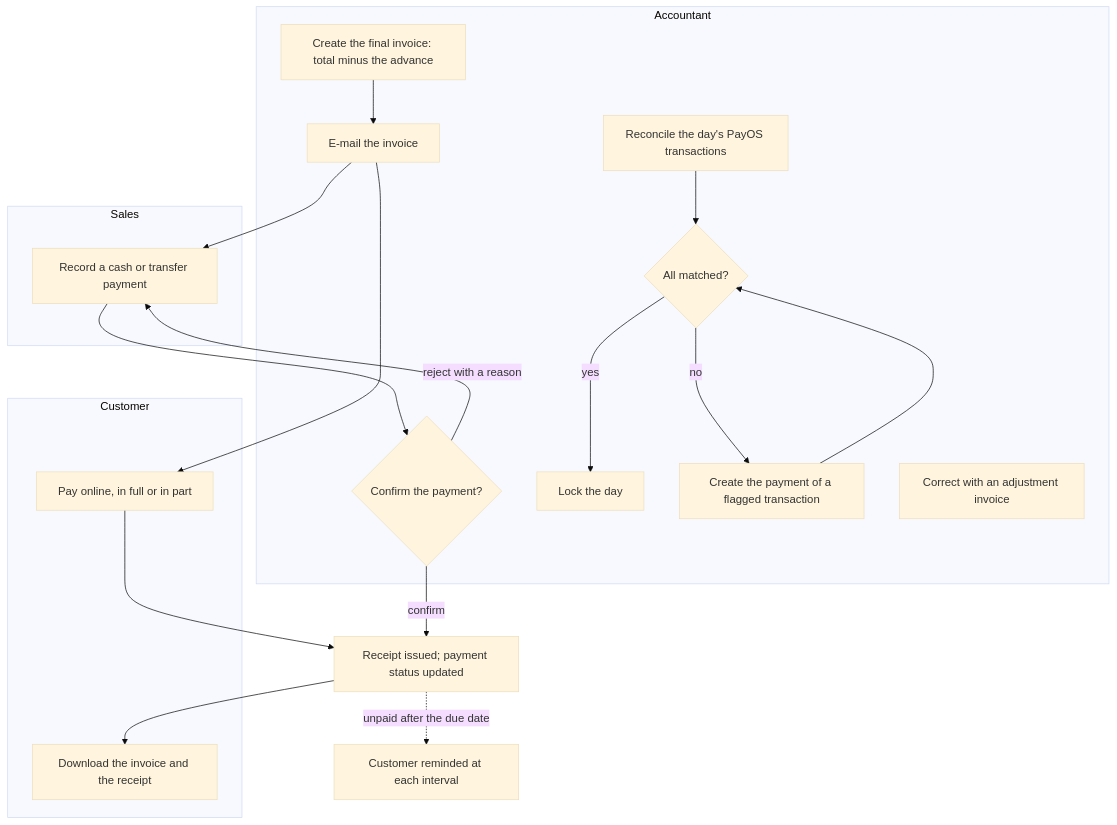
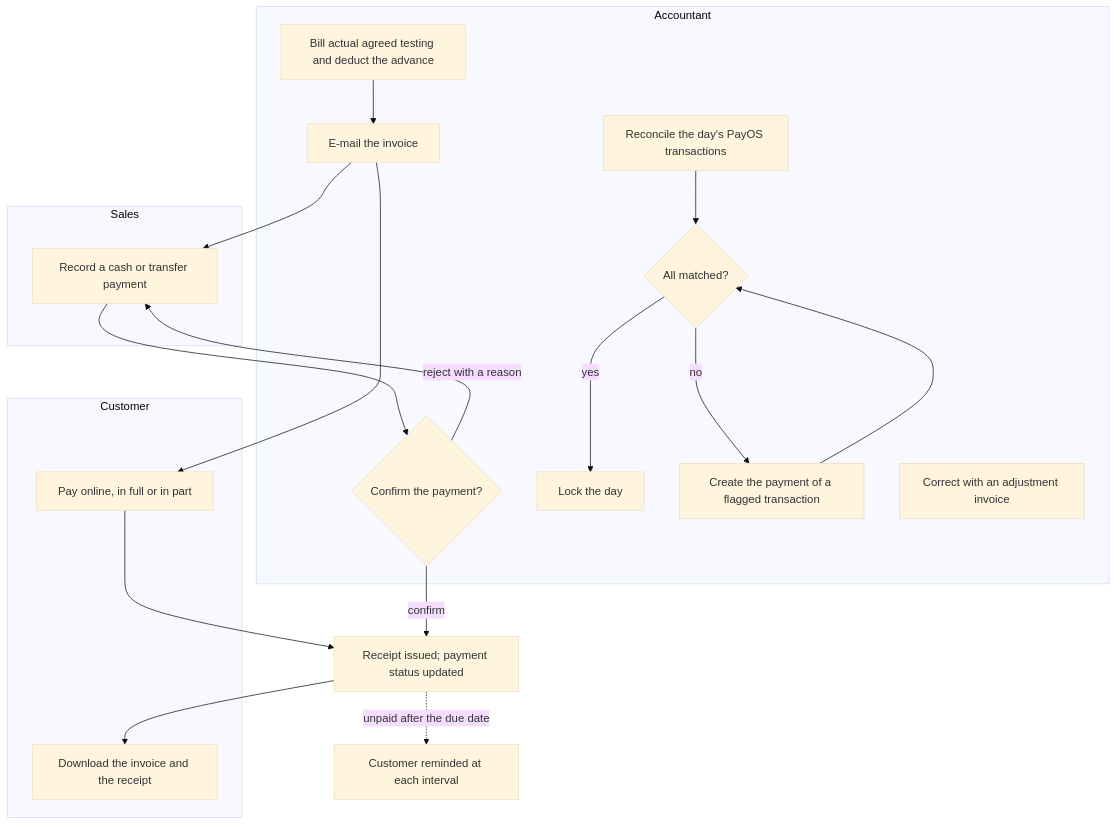
One commit to SoltuneMontepre/medilab changed the eighth of 16 diagrams in docs/functional/business-flows.md. Above: the diagram before and after it, drawn with Mermaid (base theme). The commit also changed other lines of this file and 30 other files, not shown here.

````diff
--- a/docs/functional/business-flows.md
+++ b/docs/functional/business-flows.md
@@ -367,25 +390,25 @@
 ```mermaid
 flowchart TD
     subgraph lane19 ["Accountant"]
-        a1["Create the final invoice: total minus the advance"] --> a2[E-mail the invoice]
+        a1["Bill actual agreed testing and deduct the advance"] --> a2[E-mail the invoice]
         a3{Confirm the payment?}
         a4[Reconcile the day's PayOS transactions] --> a5{All matched?}
         a5 -->|yes| a6[Lock the day]
         a5 -->|no| a7[Create the payment of a flagged transaction]
         a8[Correct with an adjustment invoice]
     end
     subgraph lane20 ["Sales"]
         s1[Record a cash or transfer payment]
     end
     subgraph lane21 ["Customer"]
         c1[Pay online, in full or in part]
         c2[Download the invoice and the receipt]
     end
     a2 --> c1
     a2 --> s1 --> a3
     a3 -->|reject with a reason| s1
     a3 -->|confirm| r["Receipt issued; payment status updated"] --> c2
     c1 --> r
     a7 --> a5
     r -.->|unpaid after the due date| reminder[Customer reminded at each interval]
 ```
````
